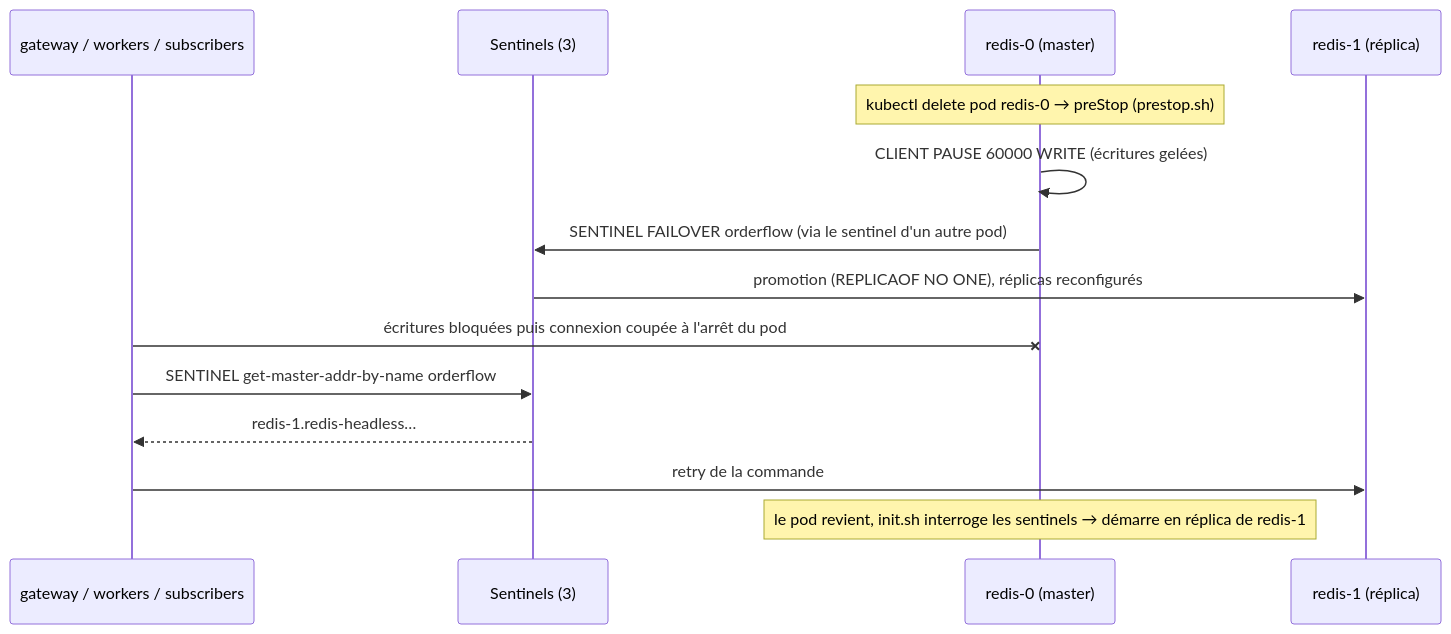
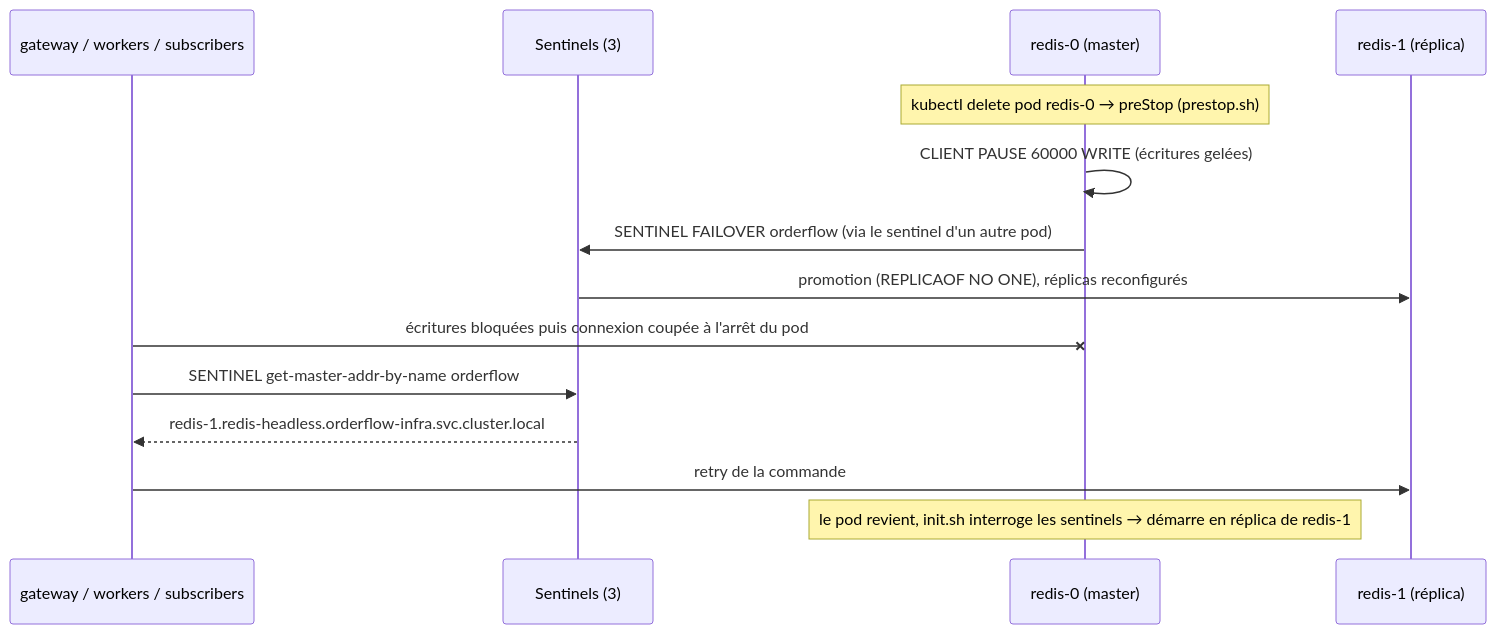
Before and after one commit to Norwende/rabbitmq-celery-demo-apps: the fourth of 5 diagrams in docs/cycle-de-vie.md, drawn with Mermaid. The commit also changed other lines of this file and 80 other files, not shown here.

First line of the commit message:
Split infra into rabbitmq/redis charts, separate namespaces, add operator-less variant

````diff
--- a/docs/cycle-de-vie.md
+++ b/docs/cycle-de-vie.md
@@ -487,17 +494,17 @@
 ```mermaid
 sequenceDiagram
     participant App as gateway / workers / subscribers
     participant S as Sentinels (3)
     participant M as redis-0 (master)
     participant Rp as redis-1 (réplica)
 
     Note over M: kubectl delete pod redis-0 → preStop (prestop.sh)
     M->>M: CLIENT PAUSE 60000 WRITE (écritures gelées)
     M->>S: SENTINEL FAILOVER orderflow (via le sentinel d'un autre pod)
     S->>Rp: promotion (REPLICAOF NO ONE), réplicas reconfigurés
     App-xM: écritures bloquées puis connexion coupée à l'arrêt du pod
     App->>S: SENTINEL get-master-addr-by-name orderflow
-    S-->>App: redis-1.redis-headless…
+    S-->>App: redis-1.redis-headless.orderflow-infra.svc.cluster.local
     App->>Rp: retry de la commande
     Note over M: le pod revient, init.sh interroge les sentinels → démarre en réplica de redis-1
 ```
````
